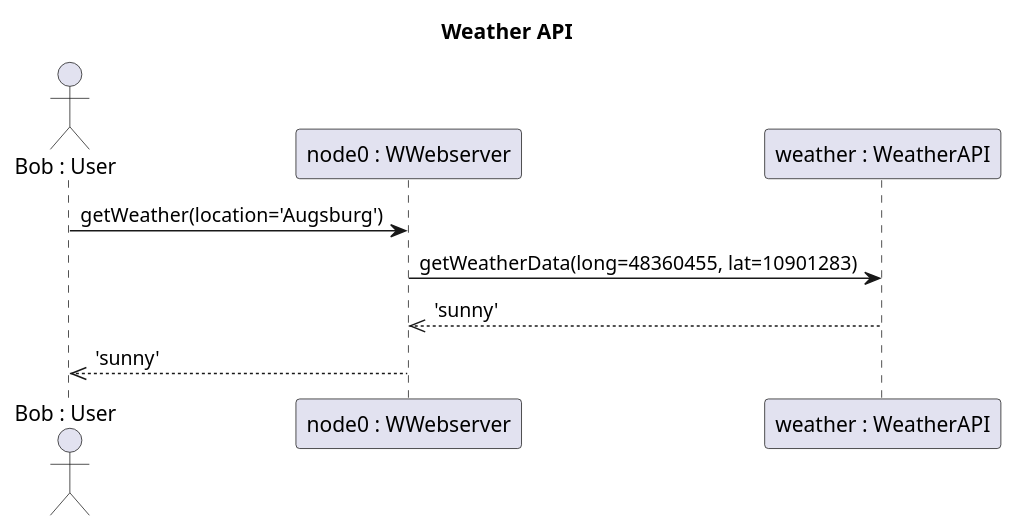
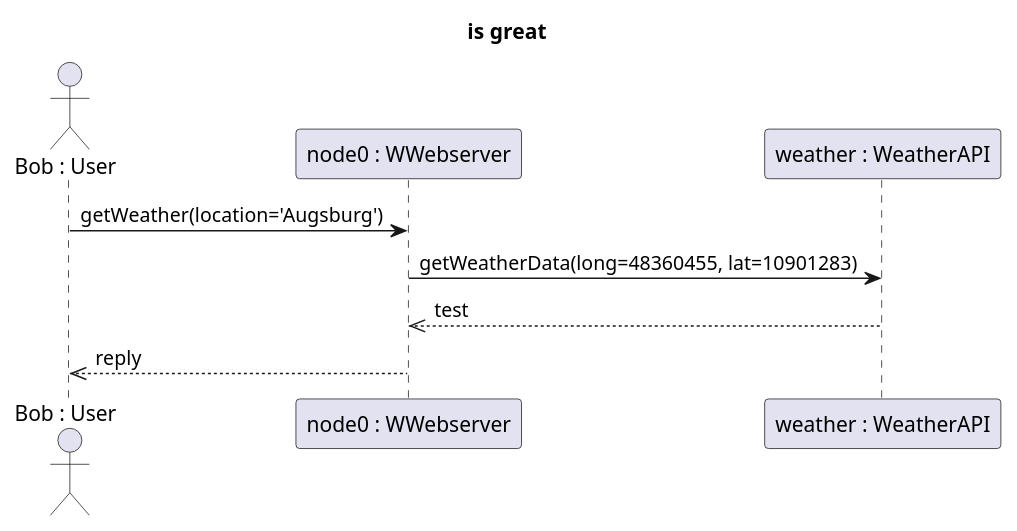
Before and after one commit to elite-se/mdd-puml-to-uml: the diagram in qvto/models/example.plantuml, drawn with PlantUML. The commit also changed 2 other files, not shown here.

```diff
--- a/qvto/models/example.plantuml
+++ b/qvto/models/example.plantuml
@@ -1,10 +1,11 @@
 @startuml
 title Weather API
+title is great
 actor "Bob : User" as Bob
 participant "node0 : WWebserver" as node0
 participant "weather : WeatherAPI" as anonymusWeatherAPI1
 Bob -> node0: getWeather(location='Augsburg')
 node0 -> anonymusWeatherAPI1: getWeatherData(long=48360455, lat=10901283)
-node0 <<-- anonymusWeatherAPI1: 'sunny'
-Bob <<-- node0: 'sunny'
+node0 <<-- anonymusWeatherAPI1: test
+Bob <<-- node0: reply
 @enduml
```
